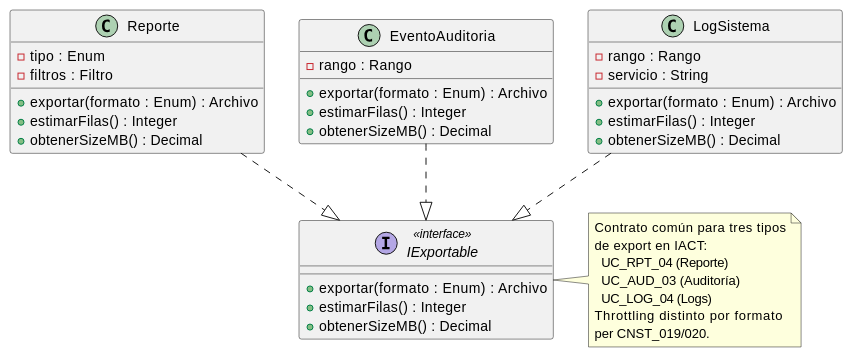
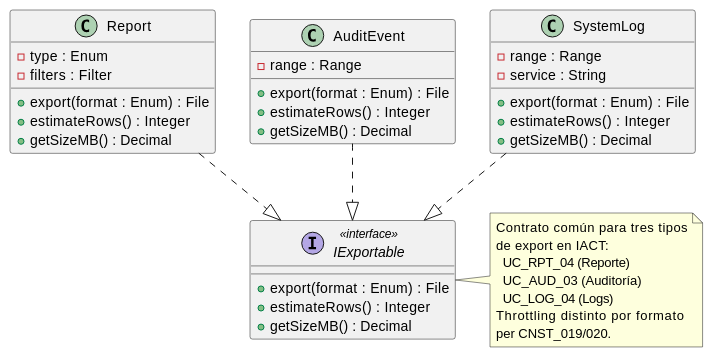
Before and after one commit to jcg-admin/IACT-docs: the diagram in source/requisitos/_metodologia-aplicacion/agregacion-interfaces/iexportable-uc-rpt-04-uc-aud-03-uc-log-04.rst, drawn with PlantUML. The commit also changed 9 other files, not shown here.

```diff
--- a/source/requisitos/_metodologia-aplicacion/agregacion-interfaces/iexportable-uc-rpt-04-uc-aud-03-uc-log-04.rst
+++ b/source/requisitos/_metodologia-aplicacion/agregacion-interfaces/iexportable-uc-rpt-04-uc-aud-03-uc-log-04.rst
@@ -4,48 +4,48 @@
 .. uml::
 
    @startuml
    allowmixing
 
    interface IExportable <<interface>> {
-     + exportar(formato : Enum) : Archivo
-     + estimarFilas() : Integer
-     + obtenerSizeMB() : Decimal
+     + export(format : Enum) : File
+     + estimateRows() : Integer
+     + getSizeMB() : Decimal
    }
 
-   class Reporte {
-     - tipo : Enum
-     - filtros : Filtro
-     + exportar(formato : Enum) : Archivo
-     + estimarFilas() : Integer
-     + obtenerSizeMB() : Decimal
+   class Report {
+     - type : Enum
+     - filters : Filter
+     + export(format : Enum) : File
+     + estimateRows() : Integer
+     + getSizeMB() : Decimal
    }
 
-   class EventoAuditoria {
-     - rango : Rango
-     + exportar(formato : Enum) : Archivo
-     + estimarFilas() : Integer
-     + obtenerSizeMB() : Decimal
+   class AuditEvent {
+     - range : Range
+     + export(format : Enum) : File
+     + estimateRows() : Integer
+     + getSizeMB() : Decimal
    }
 
-   class LogSistema {
-     - rango : Rango
-     - servicio : String
-     + exportar(formato : Enum) : Archivo
-     + estimarFilas() : Integer
-     + obtenerSizeMB() : Decimal
+   class SystemLog {
+     - range : Range
+     - service : String
+     + export(format : Enum) : File
+     + estimateRows() : Integer
+     + getSizeMB() : Decimal
    }
 
-   Reporte ..|> IExportable
-   EventoAuditoria ..|> IExportable
-   LogSistema ..|> IExportable
+   Report ..|> IExportable
+   AuditEvent ..|> IExportable
+   SystemLog ..|> IExportable
 
    note right of IExportable
      Contrato común para tres tipos
      de export en IACT:
        UC_RPT_04 (Reporte)
        UC_AUD_03 (Auditoría)
        UC_LOG_04 (Logs)
      Throttling distinto por formato
      per CNST_019/020.
    end note
    @enduml
```
